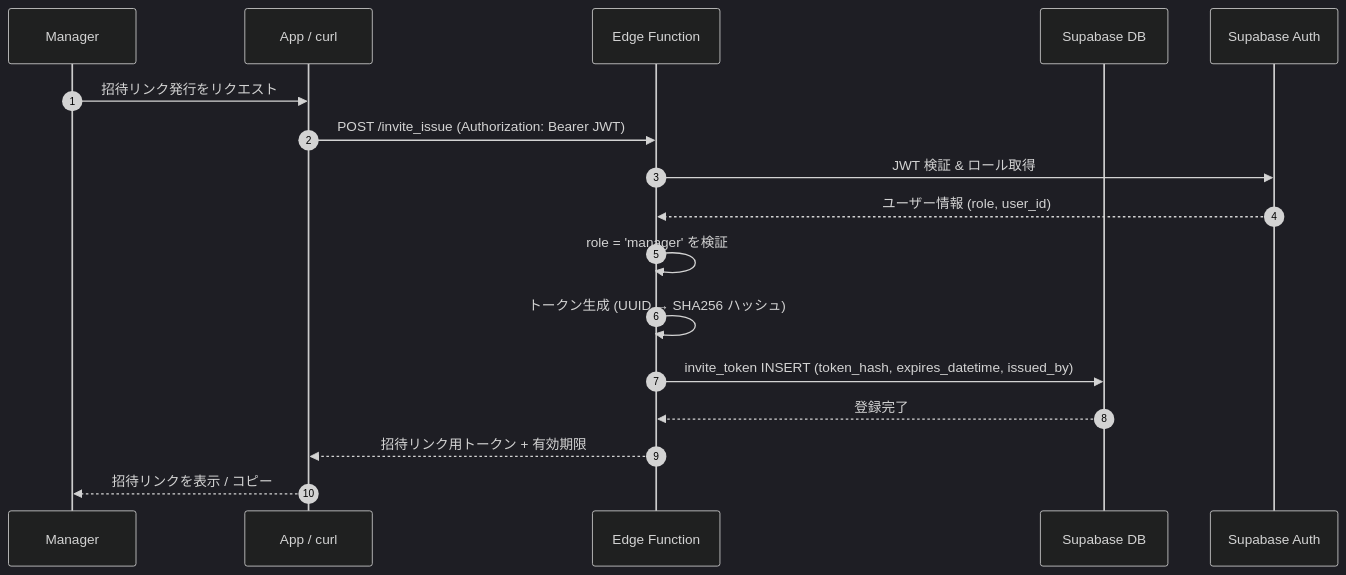
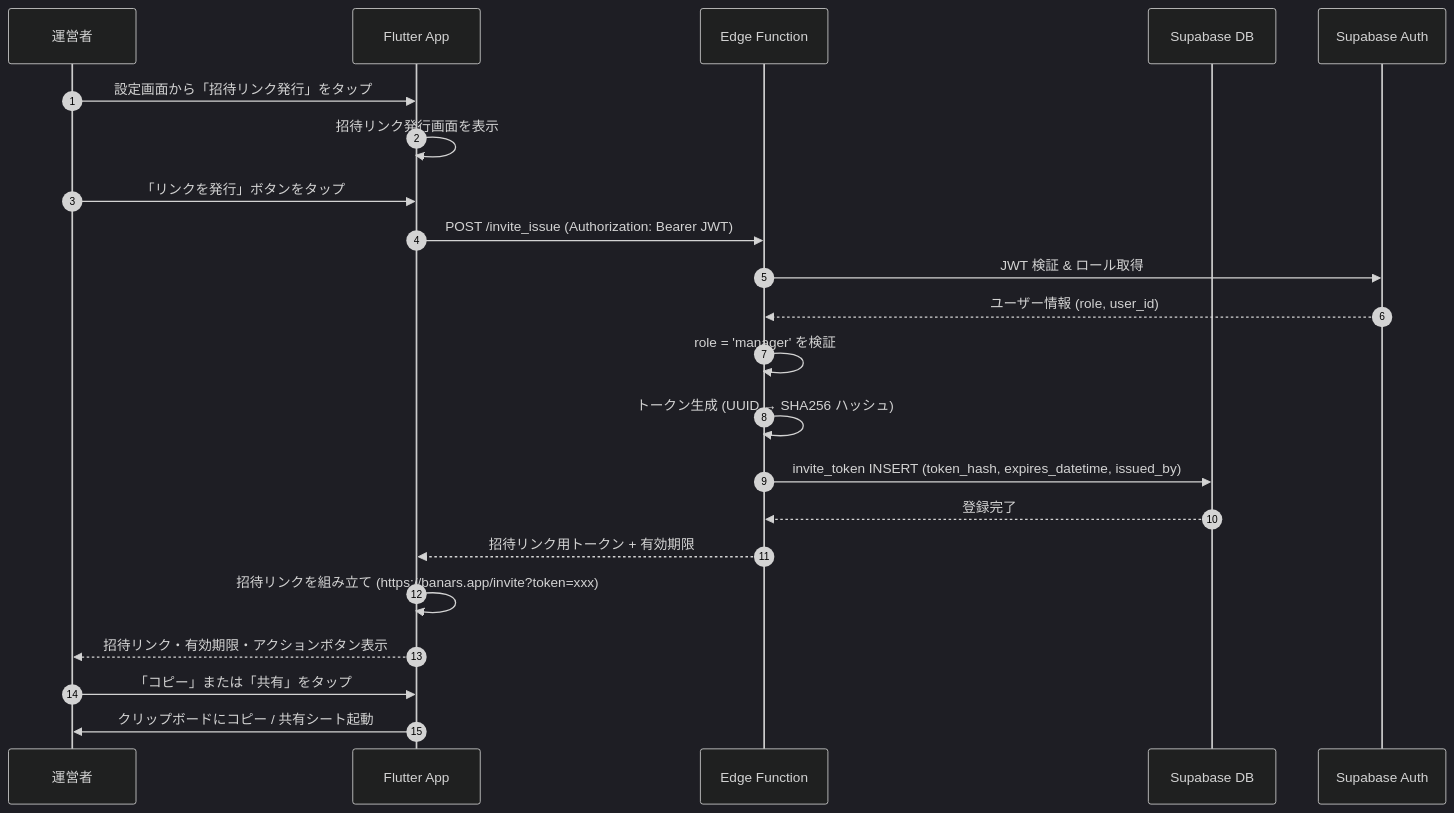
The diagram in docs/DESIGN_DOCS/auth/invite_issue.md (kerokerotur/banars-app), drawn with Mermaid (dark theme) before and after one commit. The commit also changed other lines of this file and 8 other files, not shown here.

````diff
--- a/docs/DESIGN_DOCS/auth/invite_issue.md
+++ b/docs/DESIGN_DOCS/auth/invite_issue.md
@@ -4,20 +5,25 @@
 ```mermaid
 sequenceDiagram
     autonumber
-    participant Manager
-    participant Client as App / curl
+    participant Manager as 運営者
+    participant App as Flutter App
     participant Edge as Edge Function
     participant DB as Supabase DB
     participant Supabase as Supabase Auth
 
-    Manager->>Client: 招待リンク発行をリクエスト
-    Client->>Edge: POST /invite_issue (Authorization: Bearer JWT)
+    Manager->>App: 設定画面から「招待リンク発行」をタップ
+    App->>App: 招待リンク発行画面を表示
+    Manager->>App: 「リンクを発行」ボタンをタップ
+    App->>Edge: POST /invite_issue (Authorization: Bearer JWT)
     Edge->>Supabase: JWT 検証 & ロール取得
     Supabase-->>Edge: ユーザー情報 (role, user_id)
     Edge->>Edge: role = 'manager' を検証
     Edge->>Edge: トークン生成 (UUID → SHA256 ハッシュ)
     Edge->>DB: invite_token INSERT (token_hash, expires_datetime, issued_by)
     DB-->>Edge: 登録完了
-    Edge-->>Client: 招待リンク用トークン + 有効期限
-    Client-->>Manager: 招待リンクを表示 / コピー
+    Edge-->>App: 招待リンク用トークン + 有効期限
+    App->>App: 招待リンクを組み立て (https://banars.app/invite?token=xxx)
+    App-->>Manager: 招待リンク・有効期限・アクションボタン表示
+    Manager->>App: 「コピー」または「共有」をタップ
+    App->>Manager: クリップボードにコピー / 共有シート起動
 ```
````
